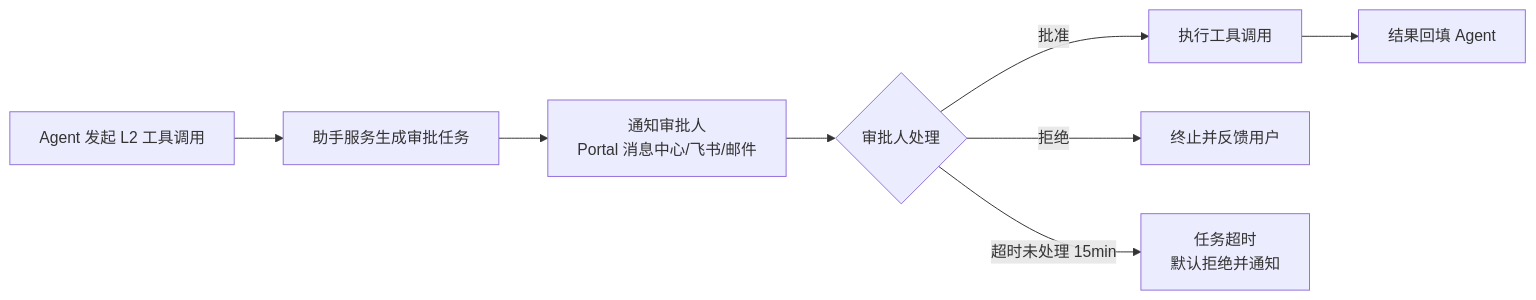
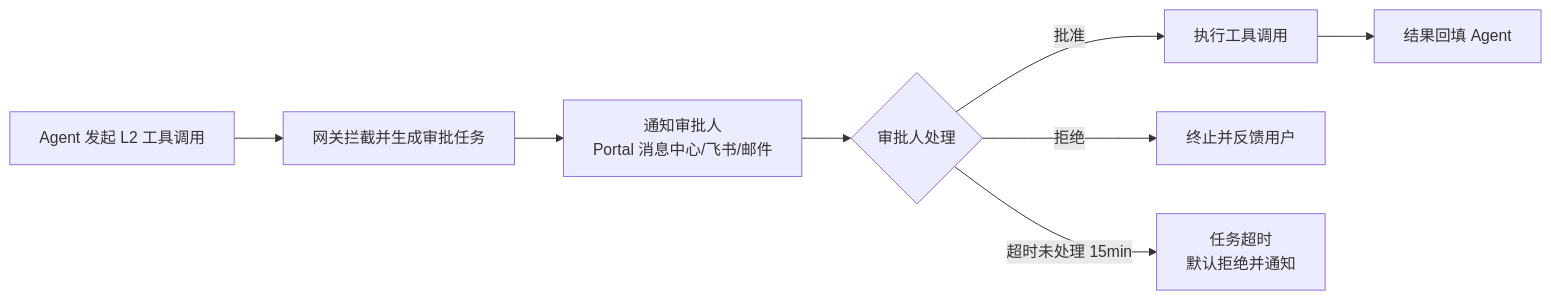
The second of 14 diagrams in docs/CubeStack 平台智能助手模块详细设计文档.md (suanova/cubepilot), drawn with Mermaid before and after one commit. The commit also changed other lines of this file, not shown here.

````diff
--- a/docs/CubeStack 平台智能助手模块详细设计文档.md
+++ b/docs/CubeStack 平台智能助手模块详细设计文档.md
@@ -374,10 +419,10 @@
 ```mermaid
 flowchart LR
-    A[Agent 发起 L2 工具调用] --> B[助手服务生成审批任务]
+    A[Agent 发起 L2 工具调用] --> B[网关拦截并生成审批任务]
     B --> C[通知审批人<br/>Portal 消息中心/飞书/邮件]
     C --> D{审批人处理}
     D -->|批准| E[执行工具调用]
     D -->|拒绝| F[终止并反馈用户]
     D -->|超时未处理 15min| G[任务超时<br/>默认拒绝并通知]
     E --> H[结果回填 Agent]
 ```
````
